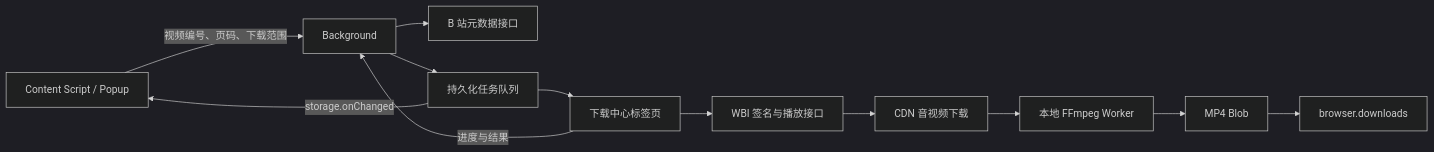
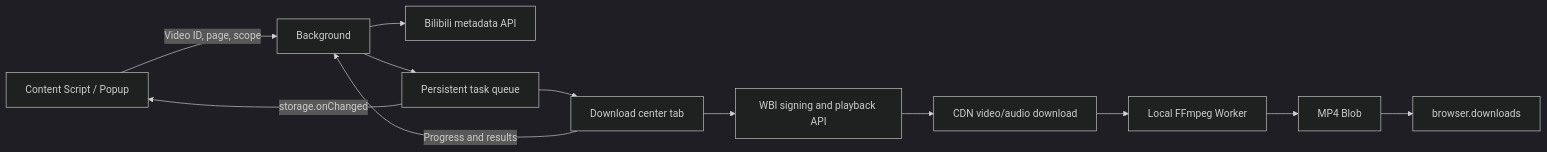
Before and after one commit to ntnyq/bilibili-downloader: the diagram in docs/implementation.md, drawn with Mermaid (dark theme). The commit also changed other lines of this file and 10 other files, not shown here.

````diff
--- a/docs/implementation.md
+++ b/docs/implementation.md
@@ -43,14 +43,14 @@
 ```mermaid
 flowchart LR
-  A[Content Script / Popup] -->|视频编号、页码、下载范围| B[Background]
-  B --> C[B 站元数据接口]
-  B --> D[持久化任务队列]
-  D --> E[下载中心标签页]
-  E --> F[WBI 签名与播放接口]
-  F --> G[CDN 音视频下载]
-  G --> H[本地 FFmpeg Worker]
+  A[Content Script / Popup] -->|Video ID, page, scope| B[Background]
+  B --> C[Bilibili metadata API]
+  B --> D[Persistent task queue]
+  D --> E[Download center tab]
+  E --> F[WBI signing and playback API]
+  F --> G[CDN video/audio download]
+  G --> H[Local FFmpeg Worker]
   H --> I[MP4 Blob]
   I --> J[browser.downloads]
-  E -->|进度与结果| B
+  E -->|Progress and results| B
   D -->|storage.onChanged| A
 ```
````
